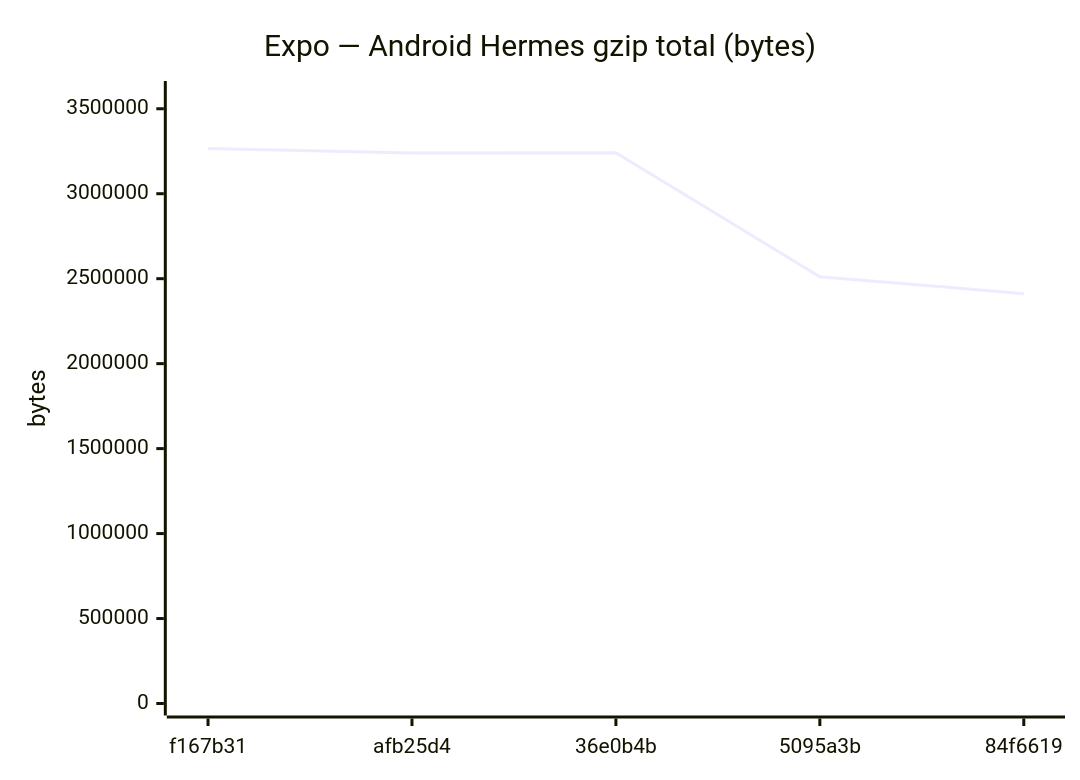
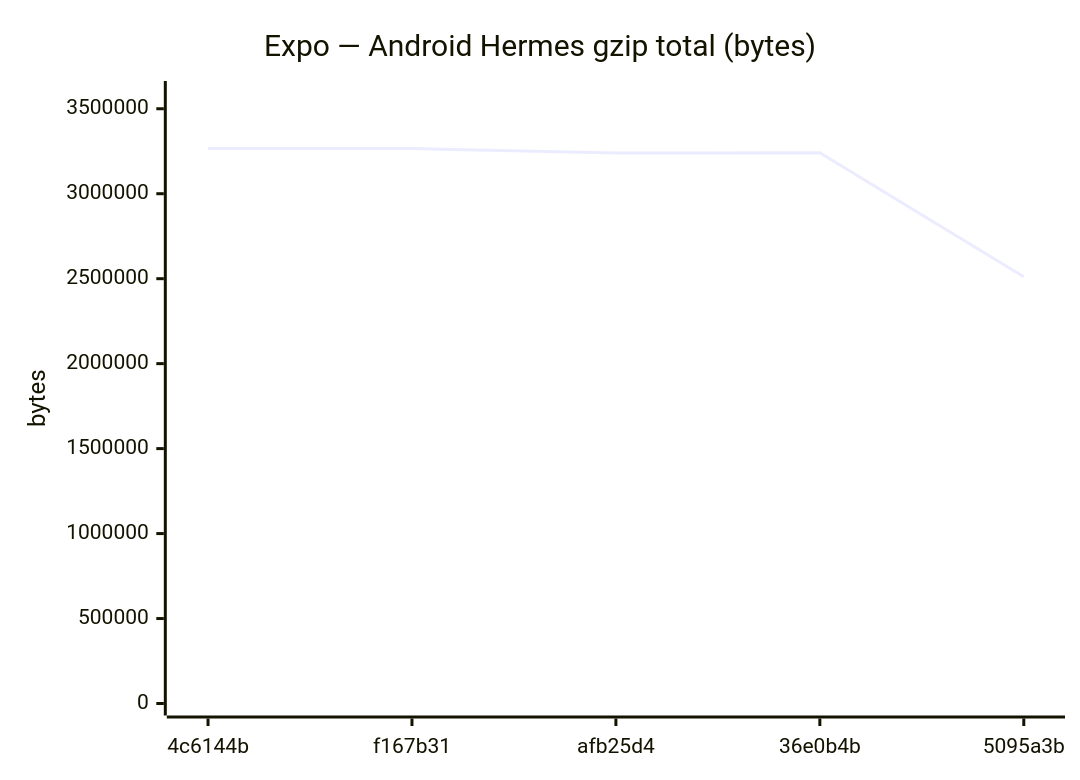
Diagram 11 of 18 in benchmarks/compare.md (Metaheurist/Rianell), drawn with Mermaid before and after one commit. The commit also changed other lines of this file and 11 other files, not shown here.

````diff
--- a/benchmarks/compare.md
+++ b/benchmarks/compare.md
@@ -172,7 +172,7 @@
 ```mermaid
 xychart-beta
     title "Expo — Android Hermes gzip total (bytes)"
-    x-axis ["f167b31", "afb25d4", "36e0b4b", "5095a3b", "84f6619"]
+    x-axis ["4c6144b", "f167b31", "afb25d4", "36e0b4b", "5095a3b"]
     y-axis "bytes" 0 --> 3592703
-    line [3266093, 3239886, 3240548, 2511667, 2411913]
+    line [3266092, 3266093, 3239886, 3240548, 2511667]
 ```
````
